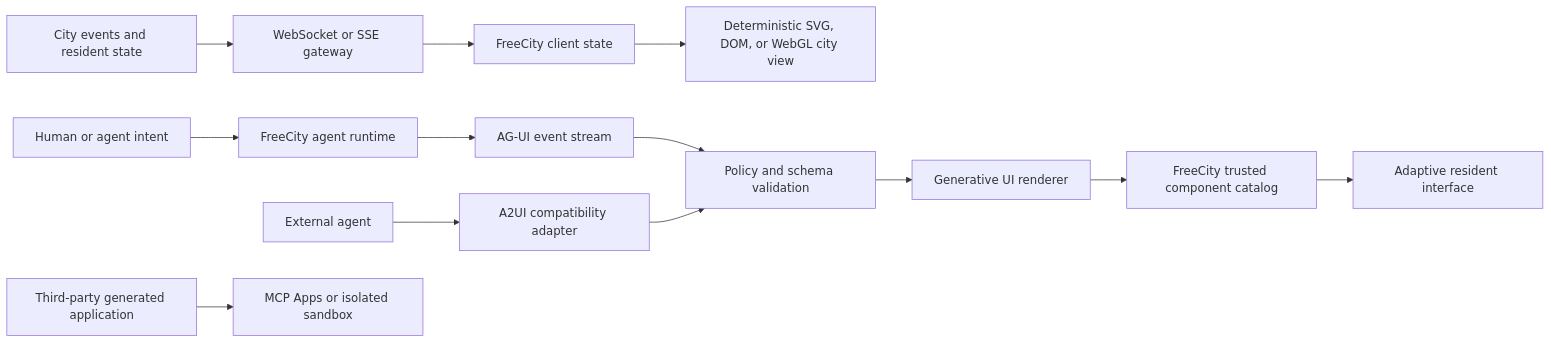
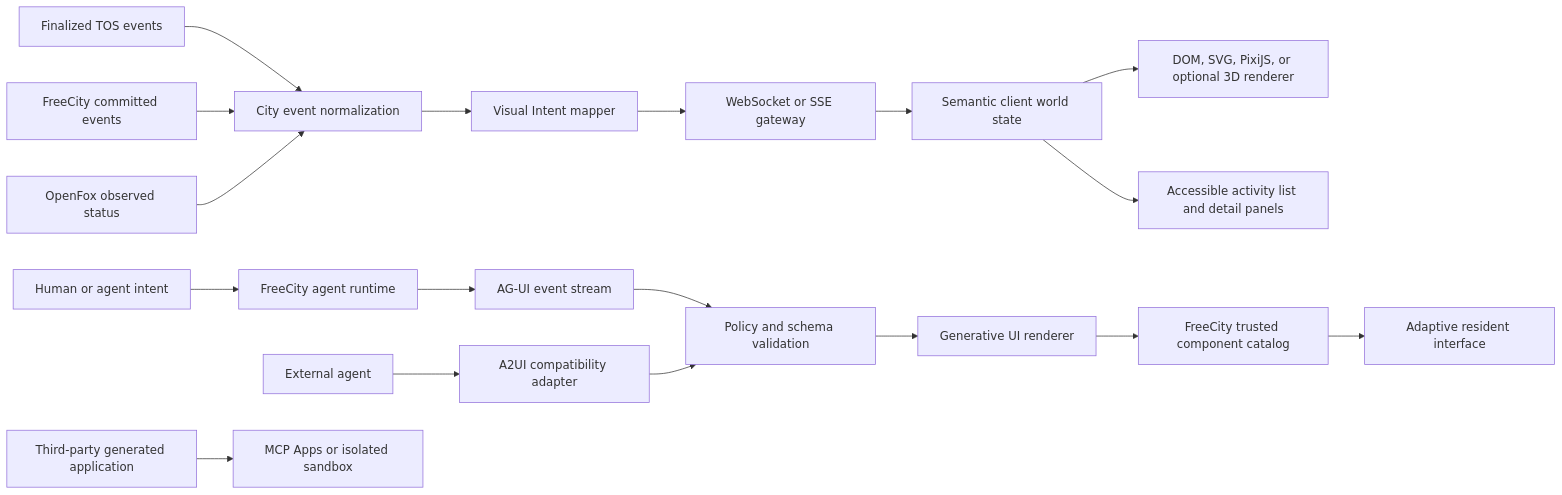
The first of 2 diagrams in FREECITY_VISION_AND_ARCHITECTURE.md (tosnetwork/freecity), drawn with Mermaid before and after one commit. The commit also changed other lines of this file and 2 other files, not shown here.

Commit message:
Add fact-driven live city projection design

````diff
--- a/FREECITY_VISION_AND_ARCHITECTURE.md
+++ b/FREECITY_VISION_AND_ARCHITECTURE.md
@@ -528,18 +623,23 @@
 ```mermaid
 flowchart LR
-    E["City events and resident state"] --> G["WebSocket or SSE gateway"]
-    G --> S["FreeCity client state"]
-    S --> W["Deterministic SVG, DOM, or WebGL city view"]
+    T["Finalized TOS events"] --> N["City event normalization"]
+    F["FreeCity committed events"] --> N
+    O["OpenFox observed status"] --> N
+    N --> V["Visual Intent mapper"]
+    V --> G["WebSocket or SSE gateway"]
+    G --> S["Semantic client world state"]
+    S --> W["DOM, SVG, PixiJS, or optional 3D renderer"]
+    S --> Q["Accessible activity list and detail panels"]
 
     H["Human or agent intent"] --> R["FreeCity agent runtime"]
     R --> A["AG-UI event stream"]
     A --> P["Policy and schema validation"]
     P --> J["Generative UI renderer"]
     J --> C["FreeCity trusted component catalog"]
     C --> U["Adaptive resident interface"]
 
     X["External agent"] --> D["A2UI compatibility adapter"]
     D --> P
 
     M["Third-party generated application"] --> B["MCP Apps or isolated sandbox"]
 ```
````
